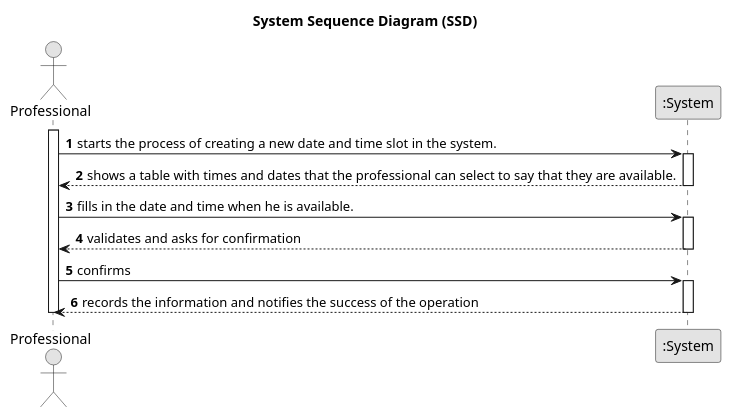
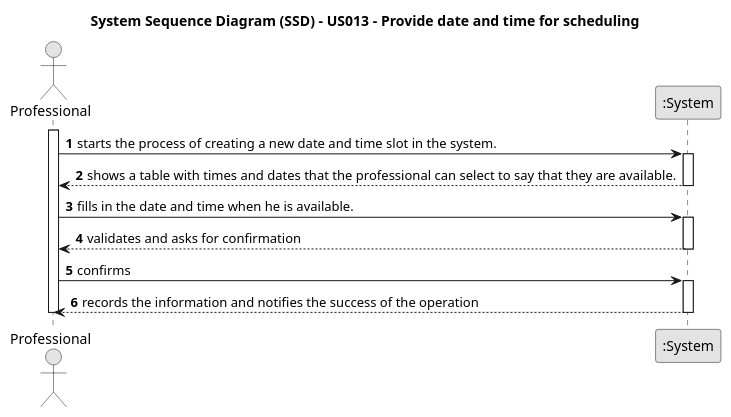
The diagram in javaSprint2GladlyGiven/Docs/UseCases/uc013/us013-SSD.puml (tbarracha/Upskill-Sprint-2-Gladly-Given), drawn with PlantUML before and after one commit. The commit also changed 11 other files, not shown here.

```diff
--- a/javaSprint2GladlyGiven/Docs/UseCases/uc013/us013-SSD.puml
+++ b/javaSprint2GladlyGiven/Docs/UseCases/uc013/us013-SSD.puml
@@ -1,30 +1,30 @@
 @startuml
 skinparam monochrome true
 skinparam packageStyle rectangle
 skinparam shadowing false
 
-title System Sequence Diagram (SSD)
+title System Sequence Diagram (SSD) - US013 - Provide date and time for scheduling
 
 autonumber
 
 actor Professional
 participant ":System" as System
 
 activate Professional
     Professional -> System : starts the process of creating a new date and time slot in the system.
     activate System
         System --> Professional : shows a table with times and dates that the professional can select to say that they are available.
     deactivate System
 
     Professional -> System : fills in the date and time when he is available.
     activate System
         System --> Professional : validates and asks for confirmation
     deactivate System
 
     Professional -> System : confirms
     activate System
         System --> Professional : records the information and notifies the success of the operation
     deactivate System
 deactivate Professional
 
 @enduml
```
